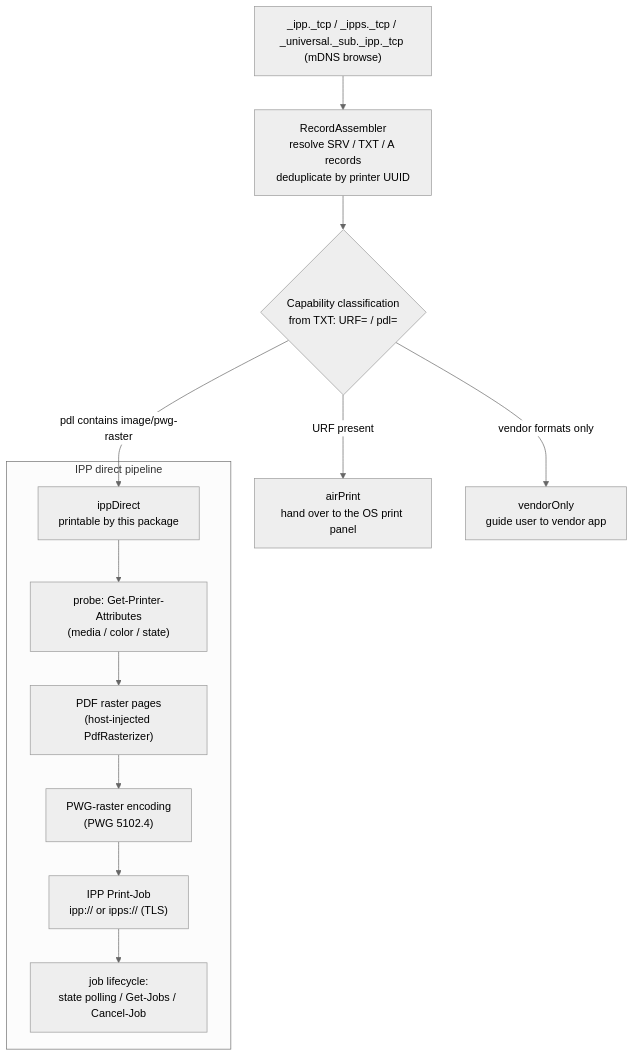
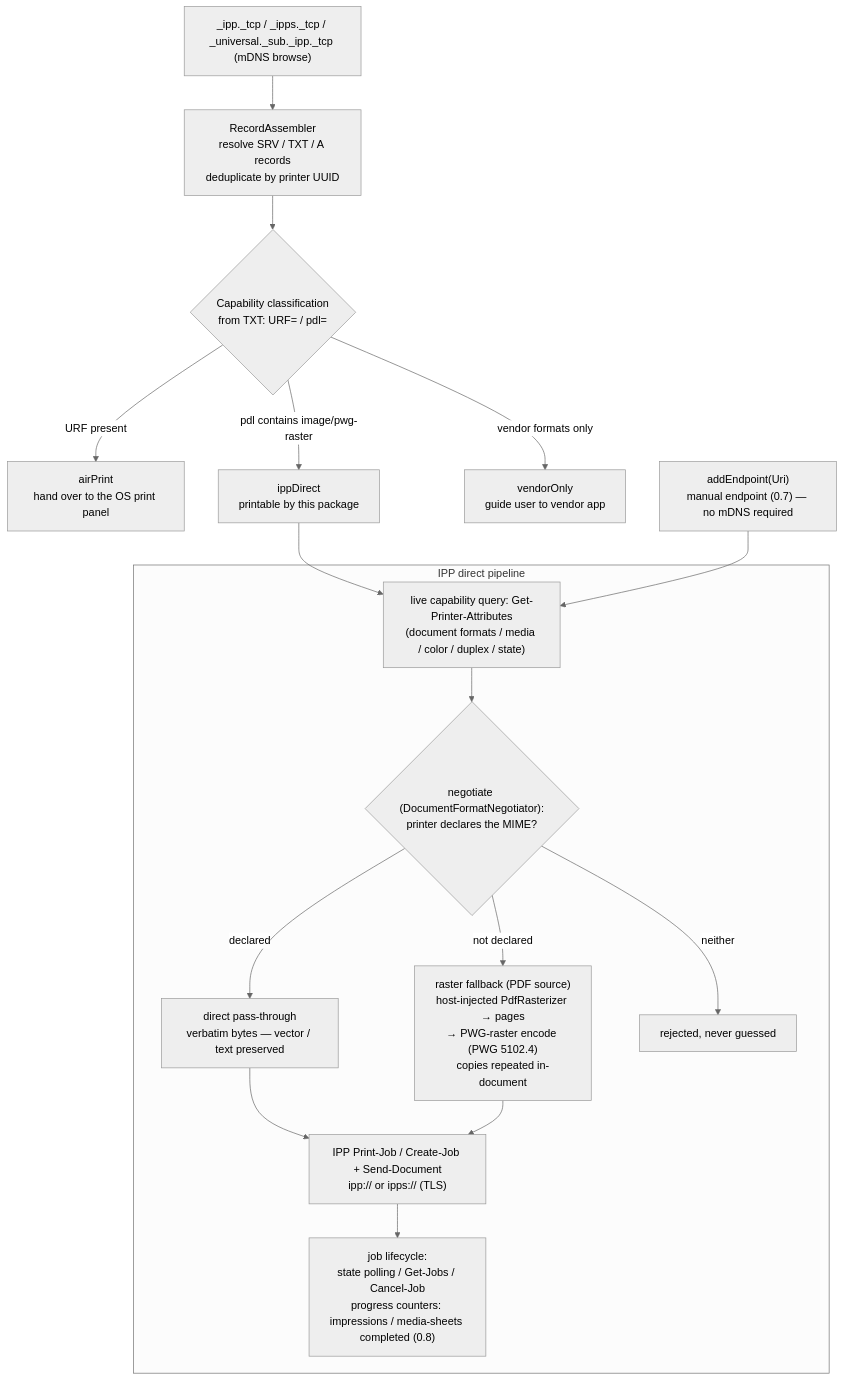
Before and after one commit to eveinzz/ipp_print: the diagram in README.md, drawn with Mermaid (neutral theme). The commit also changed 1 other file, not shown here.

Commit message:
docs(readme): reflect format negotiation, manual endpoint and job counters in the How-it-works diagram

````diff
--- a/README.md
+++ b/README.md
@@ -63,16 +63,22 @@
 ```mermaid
 flowchart TB
     A["_ipp._tcp / _ipps._tcp / _universal._sub._ipp._tcp (mDNS browse)"]
       --> B["RecordAssembler<br/>resolve SRV / TXT / A records<br/>deduplicate by printer UUID"]
     B --> C{"Capability classification<br/>from TXT: URF= / pdl="}
     C -->|"URF present"| D["airPrint<br/>hand over to the OS print panel"]
     C -->|"pdl contains image/pwg-raster"| E["ippDirect<br/>printable by this package"]
     C -->|"vendor formats only"| F["vendorOnly<br/>guide user to vendor app"]
+    U["addEndpoint(Uri)<br/>manual endpoint (0.7) — no mDNS required"]
     subgraph P["IPP direct pipeline"]
-      E --> G["probe: Get-Printer-Attributes<br/>(media / color / state)"]
-      G --> H["PDF raster pages<br/>(host-injected PdfRasterizer)"]
-      H --> I["PWG-raster encoding<br/>(PWG 5102.4)"]
-      I --> J["IPP Print-Job<br/>ipp:// or ipps:// (TLS)"]
-      J --> K["job lifecycle:<br/>state polling / Get-Jobs / Cancel-Job"]
+      G["live capability query: Get-Printer-Attributes<br/>(document formats / media / color / duplex / state)"]
+      G --> N{"negotiate (DocumentFormatNegotiator):<br/>printer declares the MIME?"}
+      N -->|"declared"| T["direct pass-through<br/>verbatim bytes — vector / text preserved"]
+      N -->|"not declared"| R["raster fallback (PDF source)<br/>host-injected PdfRasterizer → pages<br/>→ PWG-raster encode (PWG 5102.4)<br/>copies repeated in-document"]
+      N -->|"neither"| X["rejected, never guessed"]
+      T --> J["IPP Print-Job / Create-Job + Send-Document<br/>ipp:// or ipps:// (TLS)"]
+      R --> J
+      J --> K["job lifecycle:<br/>state polling / Get-Jobs / Cancel-Job<br/>progress counters: impressions / media-sheets completed (0.8)"]
     end
+    E --> G
+    U --> G
 ```
````
